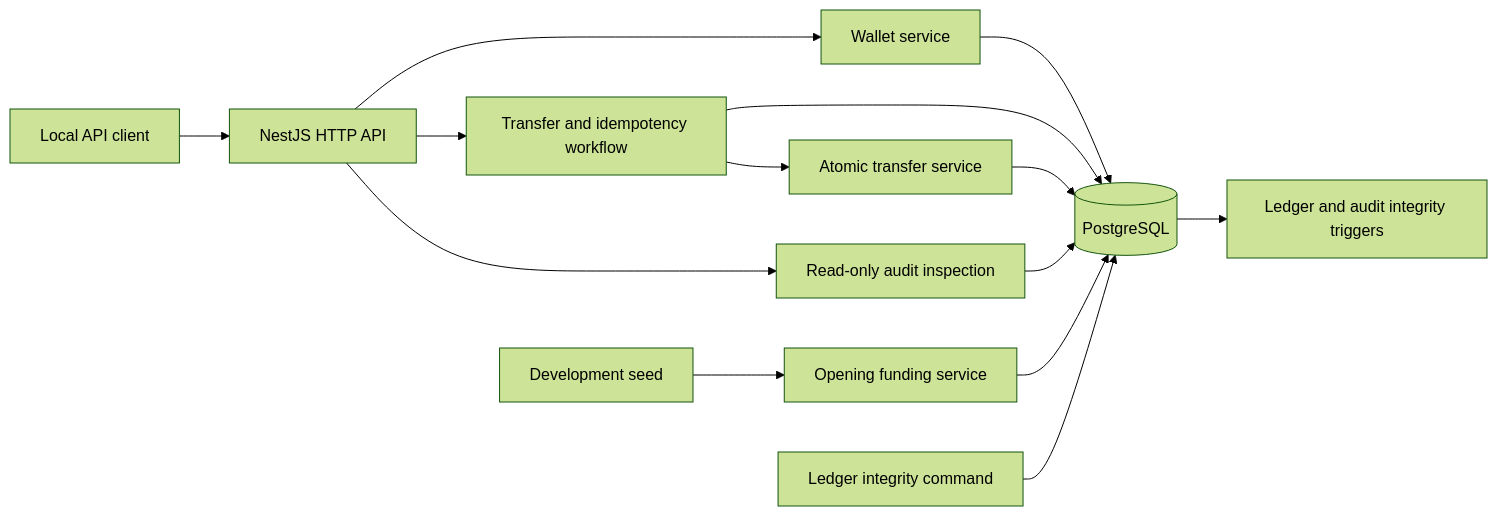
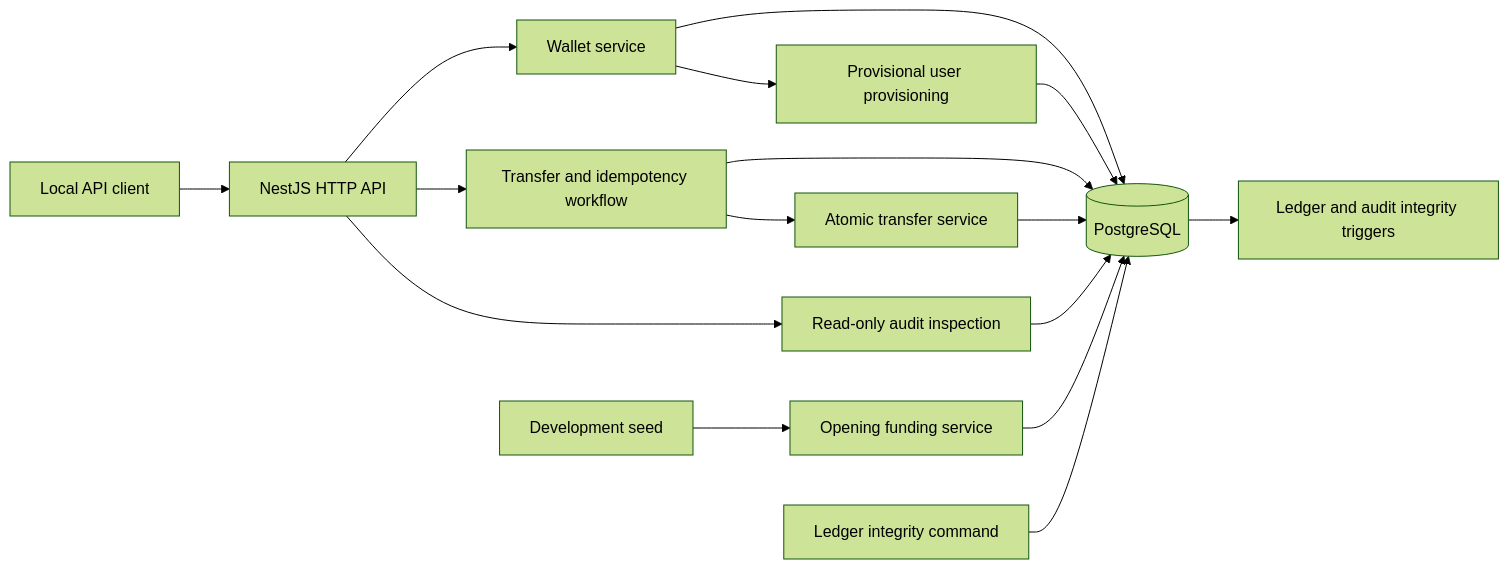
Before and after one commit to DjQris/ledgerflow: the diagram in docs/architecture.md, drawn with Mermaid (forest theme). The commit also changed other lines of this file and 18 other files, not shown here.

````diff
--- a/docs/architecture.md
+++ b/docs/architecture.md
@@ -5,16 +5,18 @@
 ```mermaid
 flowchart LR
     Client[Local API client] --> HTTP[NestJS HTTP API]
     HTTP --> Wallets[Wallet service]
+    Wallets --> Users[Provisional user provisioning]
     HTTP --> TransferAPI[Transfer and idempotency workflow]
     HTTP --> AuditRead[Read-only audit inspection]
     TransferAPI --> TransferCore[Atomic transfer service]
     Wallets --> DB[(PostgreSQL)]
+    Users --> DB
     TransferAPI --> DB
     TransferCore --> DB
     AuditRead --> DB
     Seed[Development seed] --> Funding[Opening funding service]
     Funding --> DB
     Verify[Ledger integrity command] --> DB
     DB --> Triggers[Ledger and audit integrity triggers]
 ```
````
